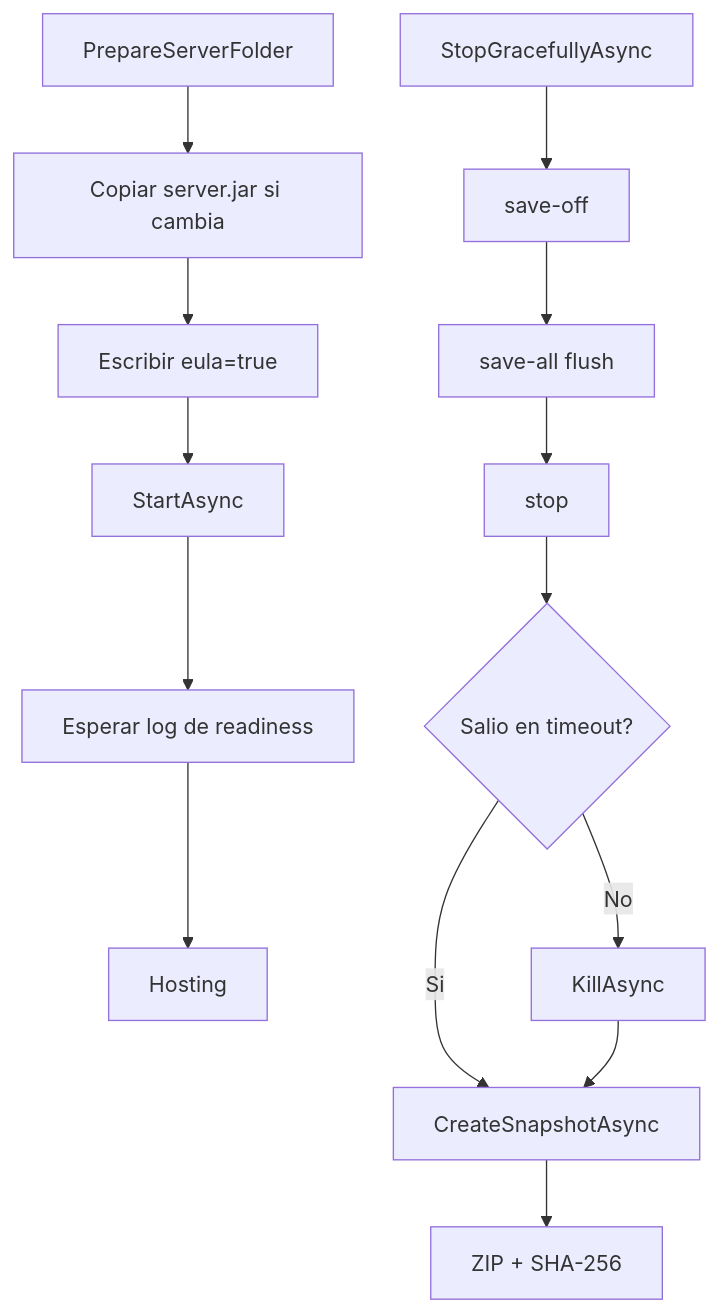
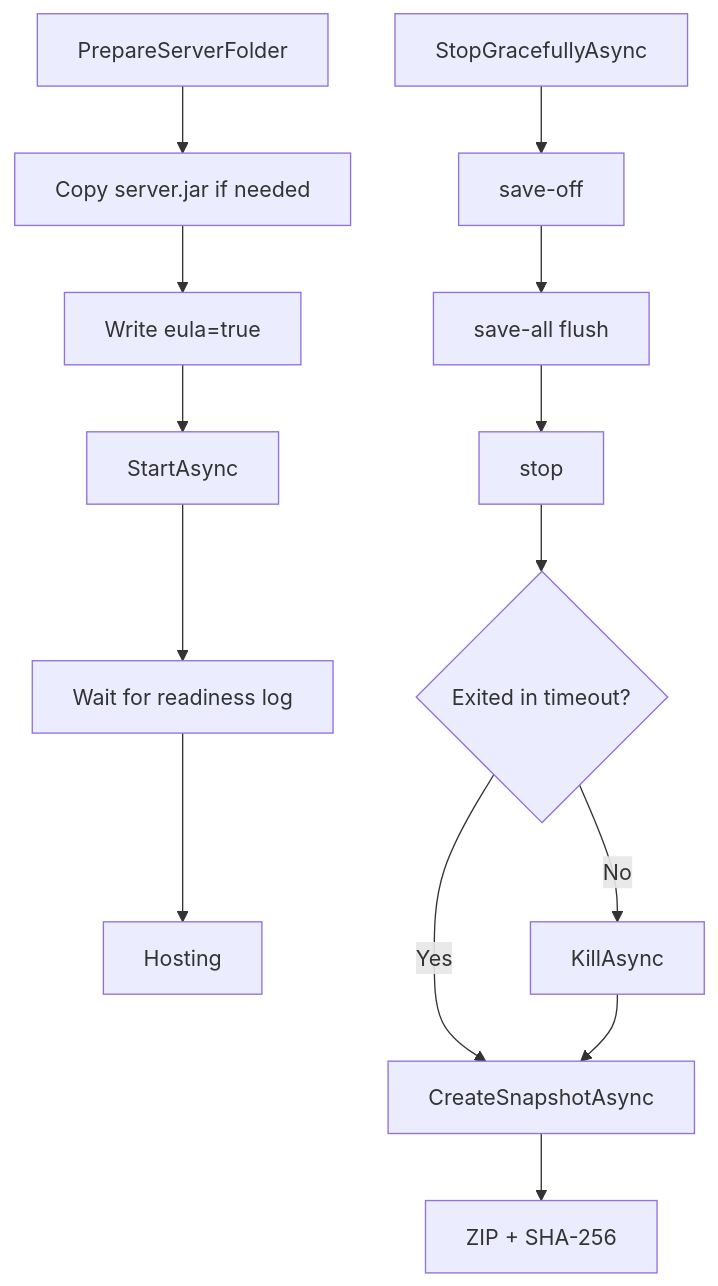
The first of 2 diagrams in src/Minecraft/README.md (fnandoth/mcsync), drawn with Mermaid before and after one commit. The commit also changed other lines of this file and 14 other files, not shown here.

````diff
--- a/src/Minecraft/README.md
+++ b/src/Minecraft/README.md
@@ -12,17 +14,17 @@
 ```mermaid
 flowchart TD
-    A[PrepareServerFolder] --> B[Copiar server.jar si cambia]
-    B --> C[Escribir eula=true]
+    A[PrepareServerFolder] --> B[Copy server.jar if needed]
+    B --> C[Write eula=true]
     C --> D[StartAsync]
-    D --> E[Esperar log de readiness]
+    D --> E[Wait for readiness log]
     E --> F[Hosting]
 
     G[StopGracefullyAsync] --> H[save-off]
     H --> I[save-all flush]
     I --> J[stop]
-    J --> K{Salio en timeout?}
+    J --> K{Exited in timeout?}
     K -- No --> L[KillAsync]
-    K -- Si --> M[CreateSnapshotAsync]
+    K -- Yes --> M[CreateSnapshotAsync]
     L --> M
     M --> N[ZIP + SHA-256]
 ```
````
